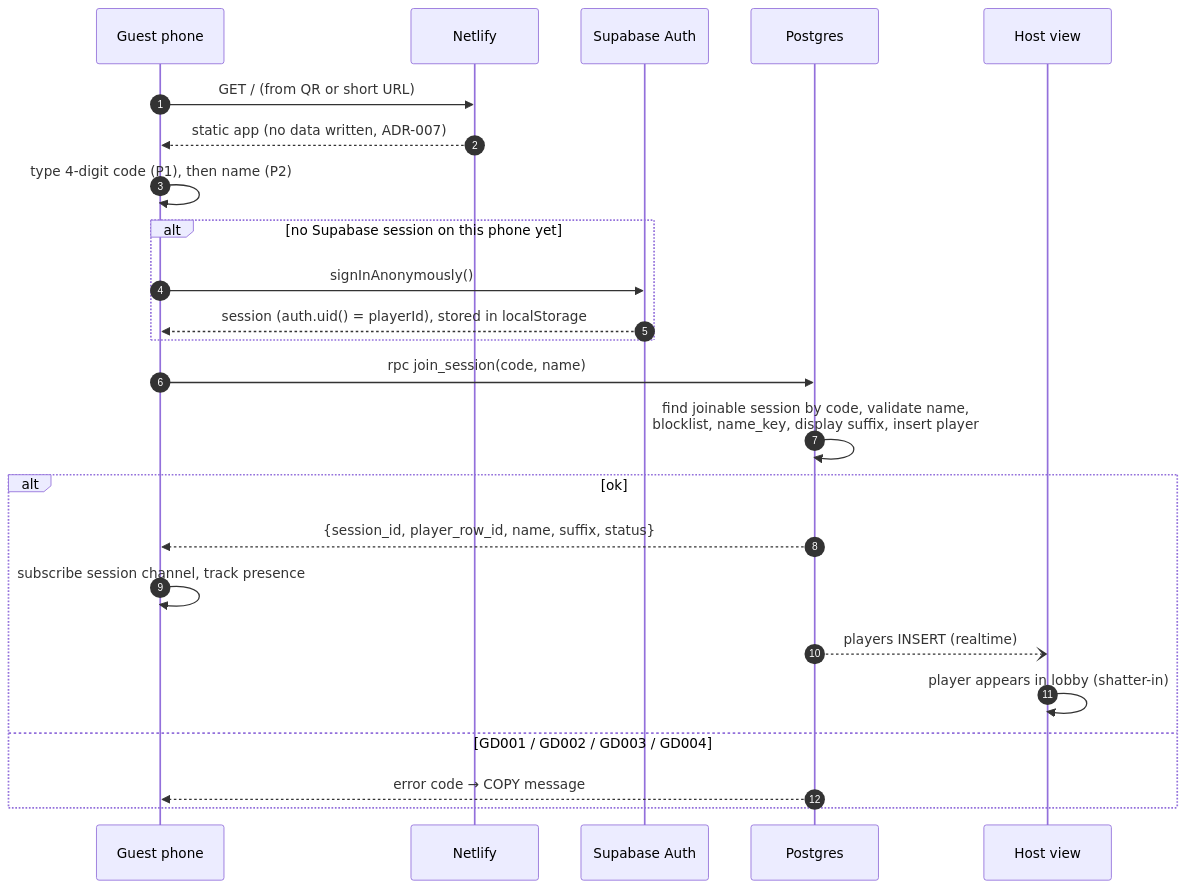
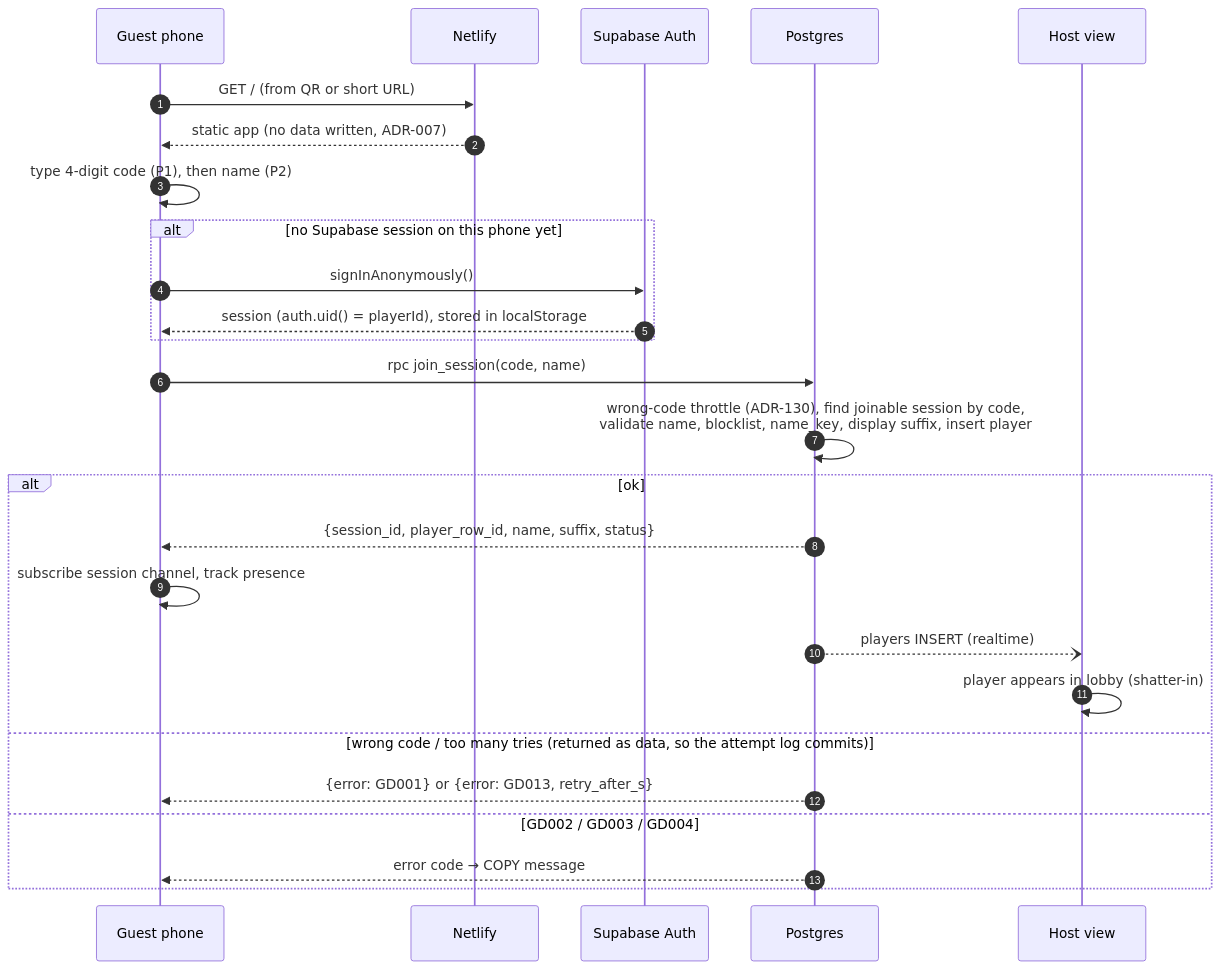
Before and after one commit to Talaljaber/GDG: the second of 4 diagrams in docs/ARCHITECTURE.md, drawn with Mermaid. The commit also changed 4 other files, not shown here.

Commit message:
docs: ADR-130 join-code throttle; T18 mitigated

````diff
--- a/docs/ARCHITECTURE.md
+++ b/docs/ARCHITECTURE.md
@@ -60,26 +60,28 @@
 ```mermaid
 sequenceDiagram
     autonumber
     participant G as Guest phone
     participant N as Netlify
     participant A as Supabase Auth
     participant DB as Postgres
     participant H as Host view
     G->>N: GET / (from QR or short URL)
     N-->>G: static app (no data written, ADR-007)
     G->>G: type 4-digit code (P1), then name (P2)
     alt no Supabase session on this phone yet
         G->>A: signInAnonymously()
         A-->>G: session (auth.uid() = playerId), stored in localStorage
     end
     G->>DB: rpc join_session(code, name)
-    DB->>DB: find joinable session by code, validate name,<br/>blocklist, name_key, display suffix, insert player
+    DB->>DB: wrong-code throttle (ADR-130), find joinable session by code,<br/>validate name, blocklist, name_key, display suffix, insert player
     alt ok
         DB-->>G: {session_id, player_row_id, name, suffix, status}
         G->>G: subscribe session channel, track presence
         DB--)H: players INSERT (realtime)
         H->>H: player appears in lobby (shatter-in)
-    else GD001 / GD002 / GD003 / GD004
+    else wrong code / too many tries (returned as data, so the attempt log commits)
+        DB-->>G: {error: GD001} or {error: GD013, retry_after_s}
+    else GD002 / GD003 / GD004
         DB-->>G: error code → COPY message
     end
 ```
````
